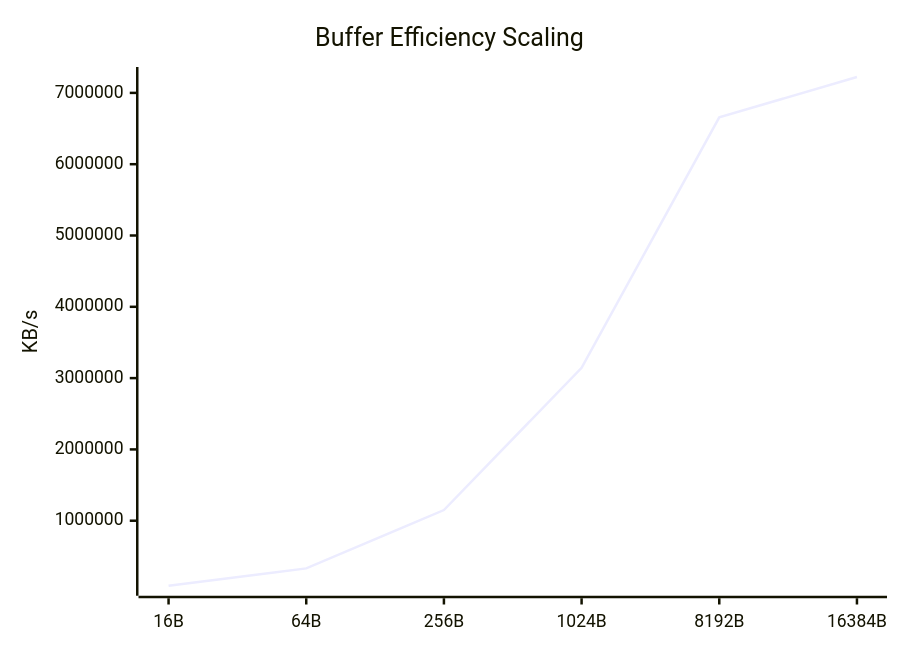
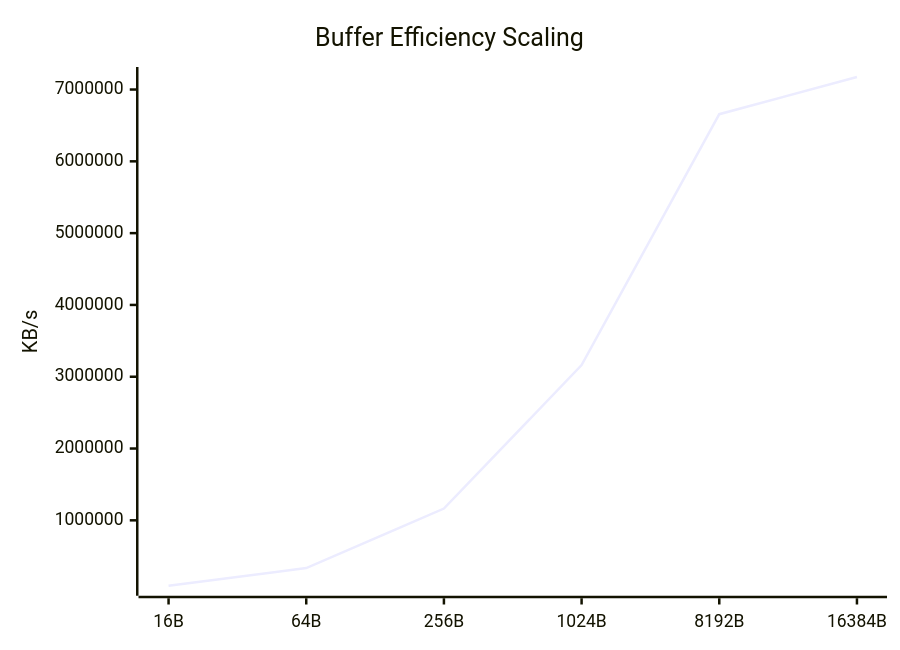
Before and after one commit to taha2samy/openssl_fips: the sixth of 9 diagrams in docs/Comparison_Report.md, drawn with Mermaid. The commit also changed other lines of this file and 3 other files, not shown here.

````diff
--- a/docs/Comparison_Report.md
+++ b/docs/Comparison_Report.md
@@ -102,7 +102,7 @@
 ```mermaid
 xychart-beta
     title "Buffer Efficiency Scaling"
     x-axis [16B, 64B, 256B, 1024B, 8192B, 16384B]
     y-axis "KB/s"
-    line [88005.22, 331576.67, 1149800.83, 3144120.83, 6656360.45, 7222861.82]
+    line [88823.35, 334763.42, 1163794.56, 3162028.54, 6656774.14, 7174545.41]
 ```
````
